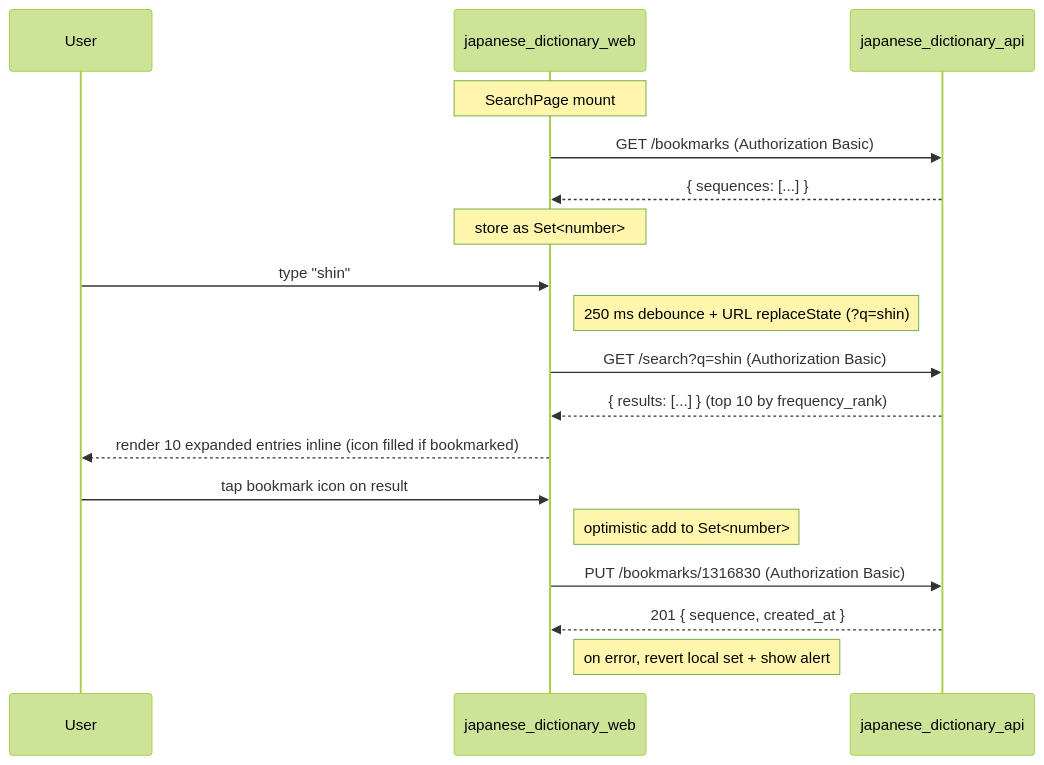
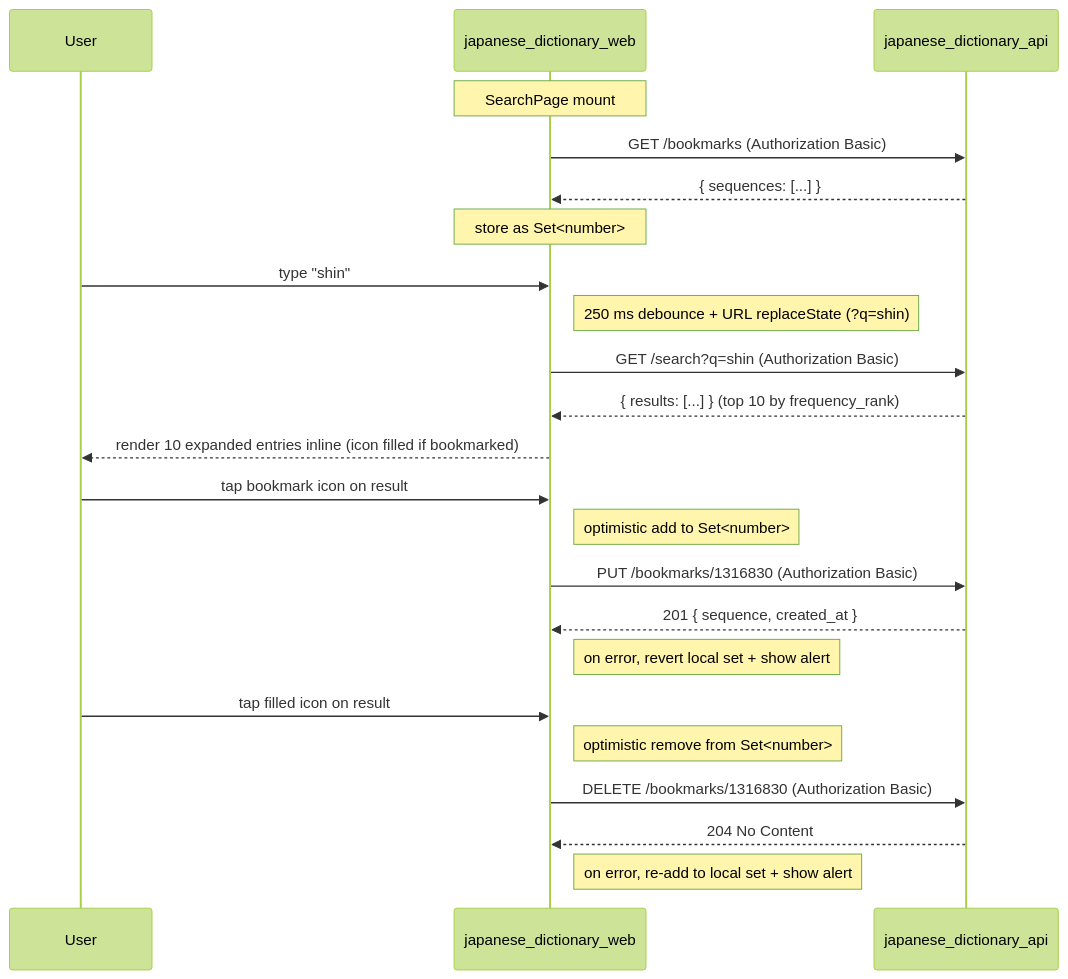
One commit to jordansimsmith/jordansimsmith-com changed the second of 2 diagrams in japanese_dictionary_web/README.md. Above: the diagram before and after it, drawn with Mermaid (forest theme). The commit also changed other lines of this file and 15 other files, not shown here.

````diff
--- a/japanese_dictionary_web/README.md
+++ b/japanese_dictionary_web/README.md
@@ -64,23 +64,29 @@
 ```mermaid
 sequenceDiagram
   participant user as User
   participant web as japanese_dictionary_web
   participant api as japanese_dictionary_api
 
   Note over web: SearchPage mount
   web->>api: GET /bookmarks (Authorization Basic)
   api-->>web: { sequences: [...] }
   Note over web: store as Set<number>
 
   user->>web: type "shin"
   Note right of web: 250 ms debounce + URL replaceState (?q=shin)
   web->>api: GET /search?q=shin (Authorization Basic)
   api-->>web: { results: [...] } (top 10 by frequency_rank)
   web-->>user: render 10 expanded entries inline (icon filled if bookmarked)
 
   user->>web: tap bookmark icon on result #1316830
   Note right of web: optimistic add to Set<number>
   web->>api: PUT /bookmarks/1316830 (Authorization Basic)
   api-->>web: 201 { sequence, created_at }
   Note right of web: on error, revert local set + show alert
+
+  user->>web: tap filled icon on result #1316830 to undo
+  Note right of web: optimistic remove from Set<number>
+  web->>api: DELETE /bookmarks/1316830 (Authorization Basic)
+  api-->>web: 204 No Content
+  Note right of web: on error, re-add to local set + show alert
 ```
````
